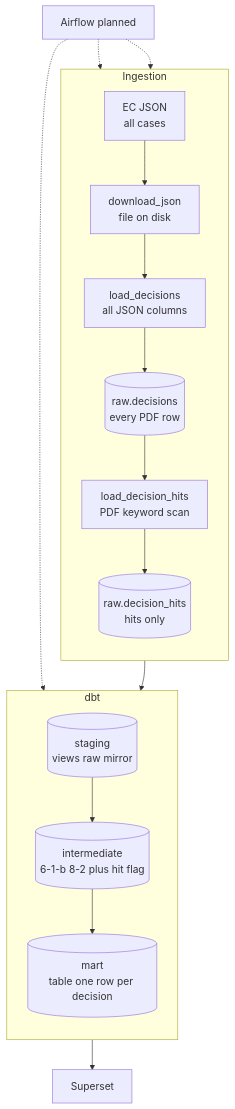
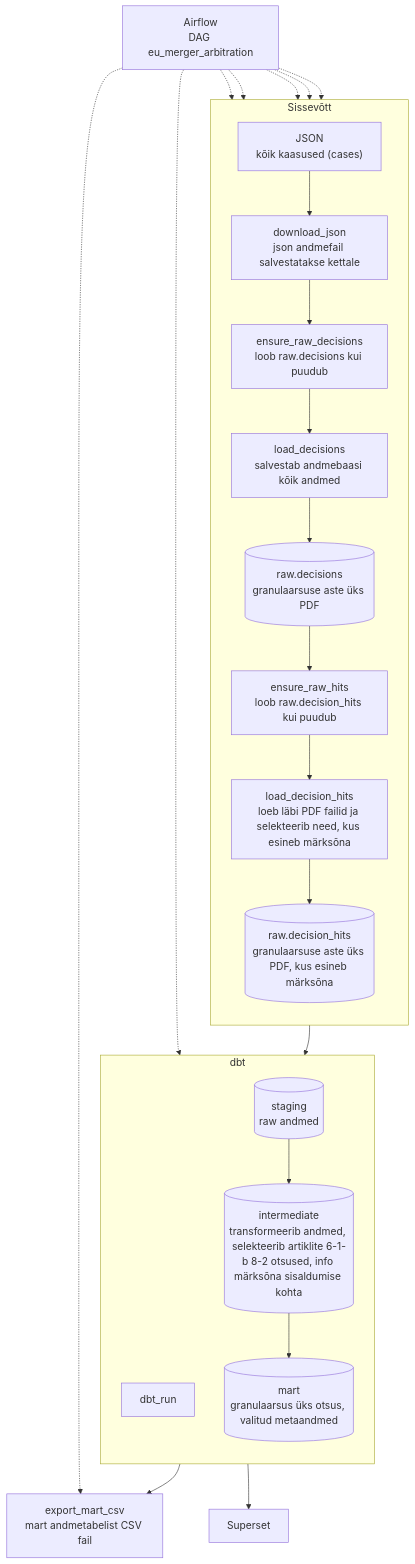
One commit to eu-merger-cases-analytics/eu-merger-arbitration-pipeline changed the diagram in docs/architecture.md. Above: the diagram before and after it, drawn with Mermaid. The commit also changed other lines of this file and 22 other files, not shown here.

````diff
--- a/docs/architecture.md
+++ b/docs/architecture.md
@@ -31,31 +31,40 @@
 ```mermaid
 %%{init: {"themeVariables": {"fontSize": "17px"}}}%%
 flowchart TB
-    subgraph ing [Ingestion]
+    subgraph ing [Sissevõtt]
         direction TB
-        ec["EC JSON<br/>all cases"]
-        dl["download_json<br/>file on disk"]
-        ld["load_decisions<br/>all JSON columns"]
-        rawD[("raw.decisions<br/>every PDF row")]
-        lh["load_decision_hits<br/>PDF keyword scan"]
-        rawH[("raw.decision_hits<br/>hits only")]
-        ec --> dl --> ld --> rawD --> lh --> rawH
+        ec["JSON<br/>kõik kaasused (cases)"]
+        dl["download_json<br/>json andmefail salvestatakse kettale"]
+        erD["ensure_raw_decisions<br/>loob raw.decisions kui puudub"]
+        ld["load_decisions<br/>salvestab andmebaasi kõik andmed"]
+        rawD[("raw.decisions<br/>granulaarsuse aste üks PDF")]
+        erH["ensure_raw_hits<br/>loob raw.decision_hits kui puudub"]
+        lh["load_decision_hits<br/>loeb läbi PDF failid ja selekteerib need, kus esineb märksõna"]
+        rawH[("raw.decision_hits<br/>granulaarsuse aste üks PDF, kus esineb märksõna")]
+        ec --> dl --> erD --> ld --> rawD --> erH --> lh --> rawH
     end
 
     subgraph dbtL [dbt]
         direction TB
-        stg[("staging<br/>views raw mirror")]
-        inte[("intermediate<br/>6-1-b 8-2 plus hit flag")]
-        mart[("mart<br/>table one row per decision")]
+        dbtRun[dbt_run]
+        stg[("staging<br/>raw andmed")]
+        inte[("intermediate<br/>transformeerib andmed, selekteerib artiklite 6-1-b 8-2 otsused, info märksõna sisaldumise kohta")]
+        mart[("mart<br/>granulaarsus üks otsus, valitud metaandmed")]
         stg --> inte --> mart
     end
 
     ss[Superset]
-    af[Airflow planned]
+    exp["export_mart_csv<br/>mart andmetabelist CSV fail"]
+    af["Airflow<br/>DAG eu_merger_arbitration"]
 
     rawH --> stg
     mart --> ss
+    mart --> exp
     af -.-> dl
+    af -.-> erD
+    af -.-> ld
+    af -.-> erH
     af -.-> lh
-    af -.-> mart
+    af -.-> dbtRun
+    af -.-> exp
 ```
````
